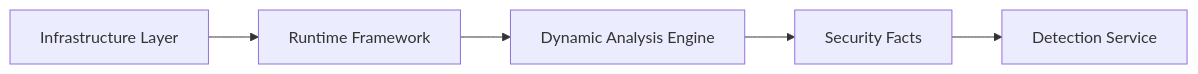
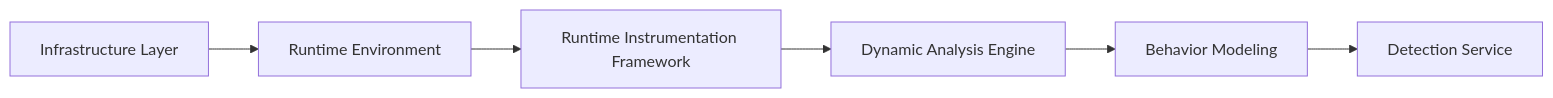
The first of 3 diagrams in docs/04-analysis-engine/05-dynamic-analysis-engine.md (baoyuanwang/mobile-app-security-platform), drawn with Mermaid before and after one commit. The commit also changed other lines of this file, not shown here.

````diff
--- a/docs/04-analysis-engine/05-dynamic-analysis-engine.md
+++ b/docs/04-analysis-engine/05-dynamic-analysis-engine.md
@@ -43,23 +58,28 @@
 ```mermaid
 flowchart LR
 
+
 Infra["Infrastructure Layer"]
 
-Runtime["Runtime Framework"]
+Runtime["Runtime Environment"]
+
+Instrumentation["Runtime Instrumentation Framework"]
 
 Dynamic["Dynamic Analysis Engine"]
 
-Facts["Security Facts"]
+Behavior["Behavior Modeling"]
 
 Detection["Detection Service"]
 
 
 Infra --> Runtime
 
-Runtime --> Dynamic
+Runtime --> Instrumentation
 
-Dynamic --> Facts
+Instrumentation --> Dynamic
 
-Facts --> Detection
+Dynamic --> Behavior
+
+Behavior --> Detection
 
 ```
````
